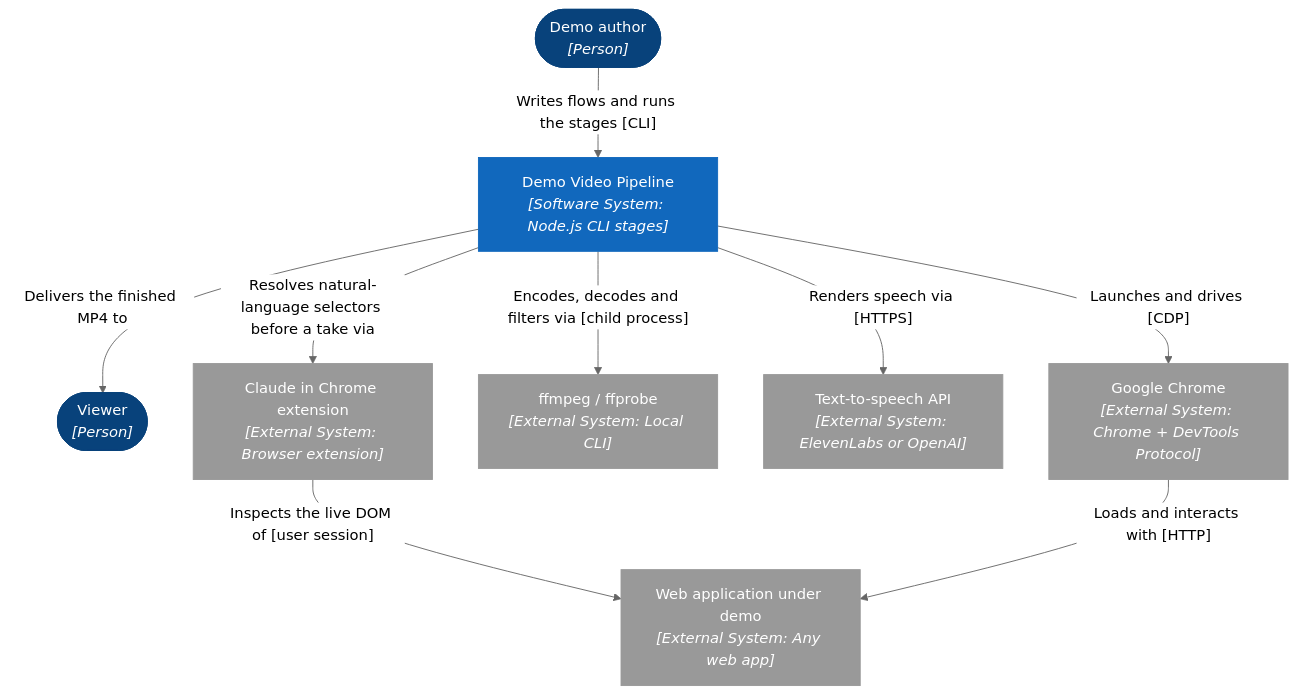
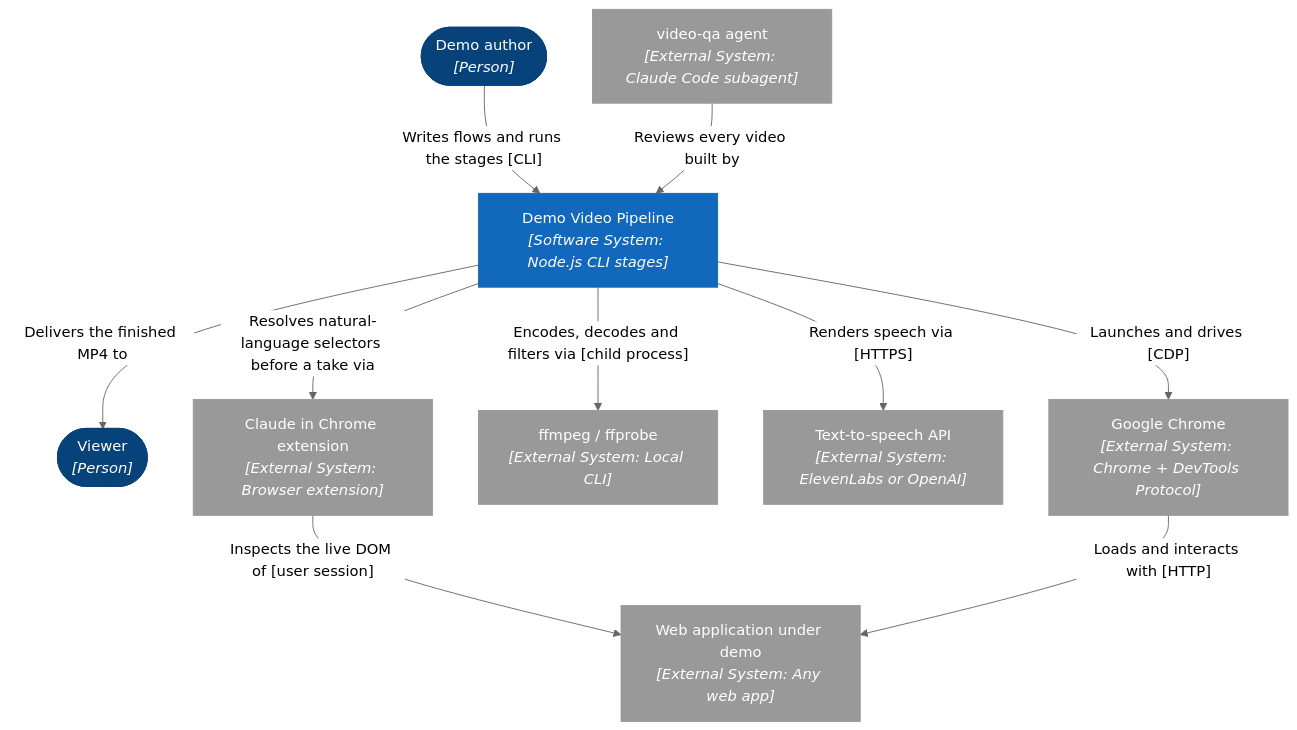
The first of 13 diagrams in docs/C4.md (ssunduko/product-video), drawn with Mermaid (neutral theme) before and after one commit. The commit also changed other lines of this file and 21 other files, not shown here.

````diff
--- a/docs/C4.md
+++ b/docs/C4.md
@@ -48,28 +48,30 @@
 ```mermaid
 flowchart TD
   n0(["Demo author<br/><i>[Person]</i>"])
   n1["Demo Video Pipeline<br/><i>[Software System: Node.js CLI stages]</i>"]
   n2(["Viewer<br/><i>[Person]</i>"])
   n3["Google Chrome<br/><i>[External System: Chrome + DevTools Protocol]</i>"]
   n4["Web application under demo<br/><i>[External System: Any web app]</i>"]
   n5["ffmpeg / ffprobe<br/><i>[External System: Local CLI]</i>"]
   n6["Text-to-speech API<br/><i>[External System: ElevenLabs or OpenAI]</i>"]
   n7["Claude in Chrome extension<br/><i>[External System: Browser extension]</i>"]
+  n8["video-qa agent<br/><i>[External System: Claude Code subagent]</i>"]
   n0 -->|"Writes flows and runs the stages [CLI]"| n1
   n1 -->|"Resolves natural-language selectors before a take via"| n7
   n7 -->|"Inspects the live DOM of [user session]"| n4
   n1 -->|"Delivers the finished MP4 to"| n2
   n1 -->|"Launches and drives [CDP]"| n3
   n3 -->|"Loads and interacts with [HTTP]"| n4
   n1 -->|"Encodes, decodes and filters via [child process]"| n5
   n1 -->|"Renders speech via [HTTPS]"| n6
+  n8 -->|"Reviews every video built by"| n1
   classDef person fill:#08427b,stroke:#08427b,color:#ffffff;
   classDef system fill:#1168bd,stroke:#1168bd,color:#ffffff;
   classDef external fill:#999999,stroke:#999999,color:#ffffff;
   classDef container fill:#438dd5,stroke:#438dd5,color:#ffffff;
   classDef store fill:#2e6da4,stroke:#2e6da4,color:#ffffff;
   classDef component fill:#85bbf0,stroke:#85bbf0,color:#000000;
   class n0,n2 person;
   class n1 system;
-  class n3,n4,n5,n6,n7 external;
+  class n3,n4,n5,n6,n7,n8 external;
 ```
````
